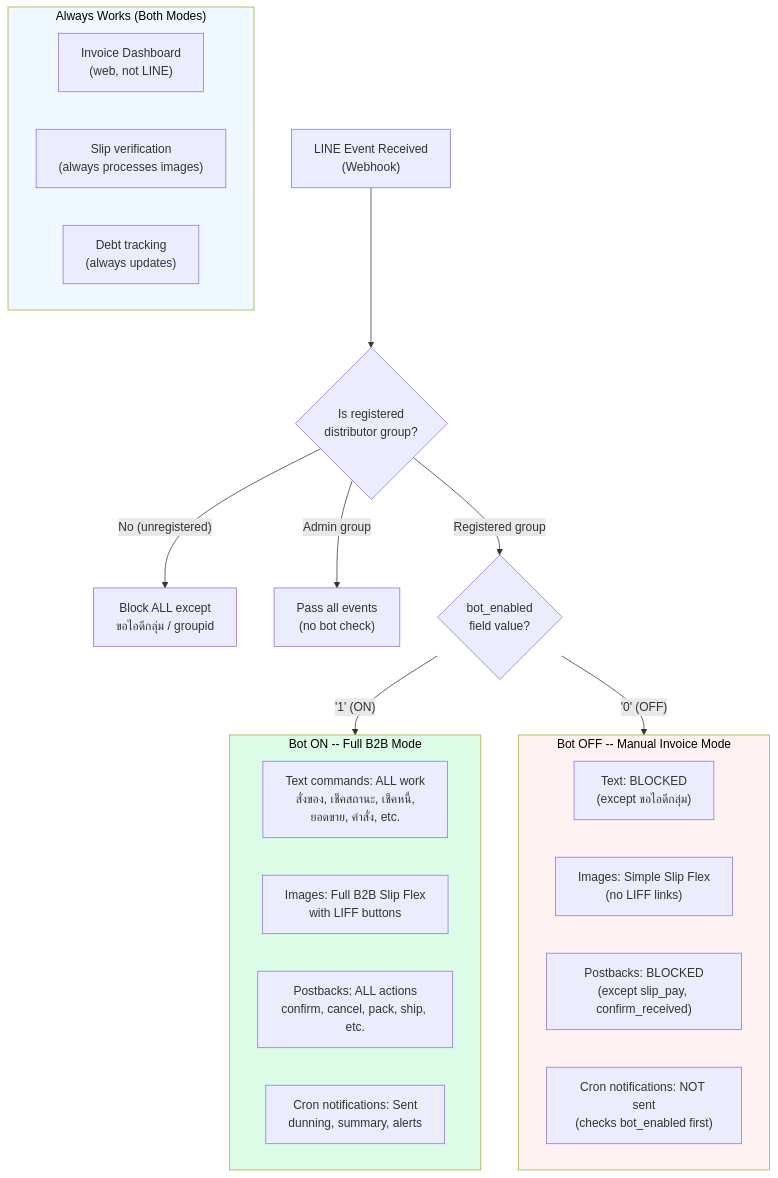
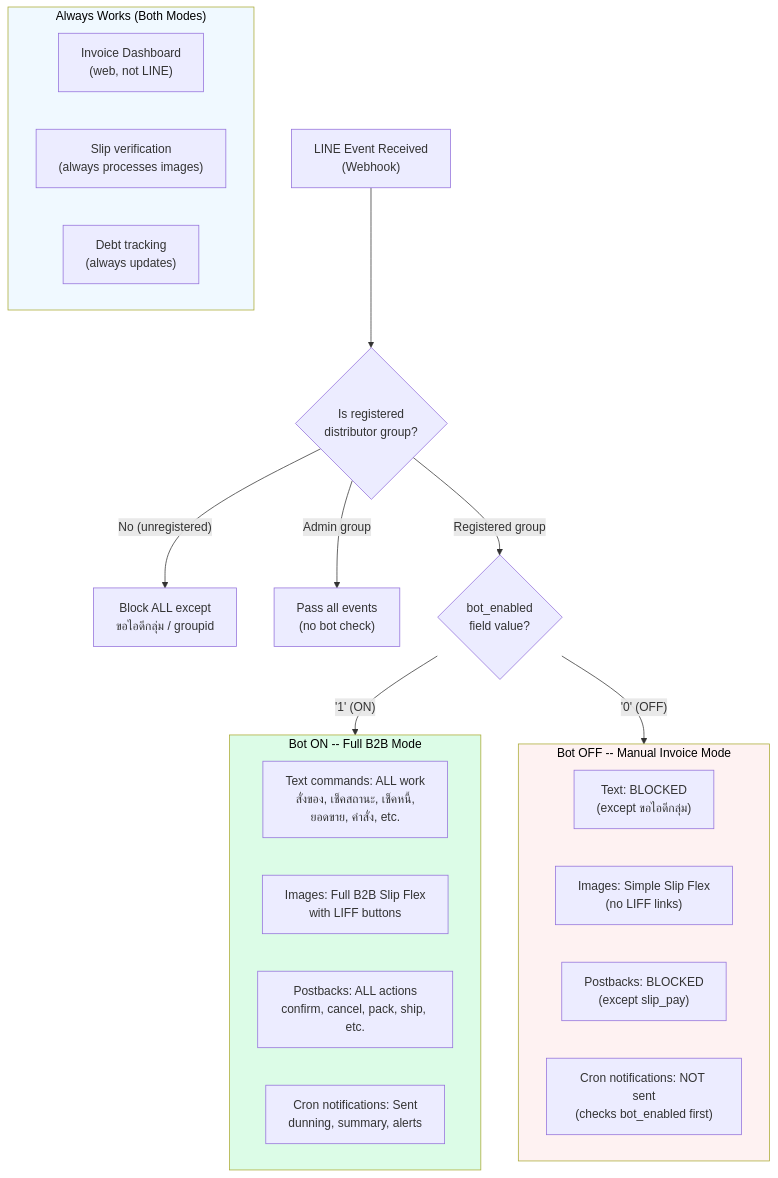
The eighth of 14 diagrams in SYSTEM-DIAGRAMS.md (Vrprammz/DINOCO-SYSTEM-Front-End---Back-End), drawn with Mermaid before and after one commit. The commit also changed 4 other files, not shown here.

````diff
--- a/SYSTEM-DIAGRAMS.md
+++ b/SYSTEM-DIAGRAMS.md
@@ -459,35 +459,35 @@
 ```mermaid
 flowchart TB
     EVENT["LINE Event Received<br/>(Webhook)"] --> GROUP_CHECK{Is registered<br/>distributor group?}
 
     GROUP_CHECK -->|"No (unregistered)"| UNREG_BLOCK["Block ALL except<br/>ขอไอดีกลุ่ม / groupid"]
     GROUP_CHECK -->|"Admin group"| ADMIN_PASS["Pass all events<br/>(no bot check)"]
     GROUP_CHECK -->|"Registered group"| BOT_CHECK{bot_enabled<br/>field value?}
 
     BOT_CHECK -->|"'1' (ON)"| BOT_ON
     BOT_CHECK -->|"'0' (OFF)"| BOT_OFF
 
     subgraph BOT_ON["Bot ON -- Full B2B Mode"]
         ON_TEXT["Text commands: ALL work<br/>สั่งของ, เช็คสถานะ, เช็คหนี้,<br/>ยอดขาย, คำสั่ง, etc."]
         ON_IMAGE["Images: Full B2B Slip Flex<br/>with LIFF buttons"]
         ON_POSTBACK["Postbacks: ALL actions<br/>confirm, cancel, pack, ship, etc."]
         ON_CRON["Cron notifications: Sent<br/>dunning, summary, alerts"]
     end
 
     subgraph BOT_OFF["Bot OFF -- Manual Invoice Mode"]
         OFF_TEXT["Text: BLOCKED<br/>(except ขอไอดีกลุ่ม)"]
         OFF_IMAGE["Images: Simple Slip Flex<br/>(no LIFF links)"]
-        OFF_POSTBACK["Postbacks: BLOCKED<br/>(except slip_pay, confirm_received)"]
+        OFF_POSTBACK["Postbacks: BLOCKED<br/>(except slip_pay)"]
         OFF_CRON["Cron notifications: NOT sent<br/>(checks bot_enabled first)"]
     end
 
     subgraph ALWAYS["Always Works (Both Modes)"]
         ALW_INV["Invoice Dashboard<br/>(web, not LINE)"]
         ALW_SLIP["Slip verification<br/>(always processes images)"]
         ALW_DEBT["Debt tracking<br/>(always updates)"]
     end
 
     style BOT_ON fill:#dcfce7,color:#000
     style BOT_OFF fill:#fef2f2,color:#000
     style ALWAYS fill:#f0f9ff,color:#000
 ```
````
